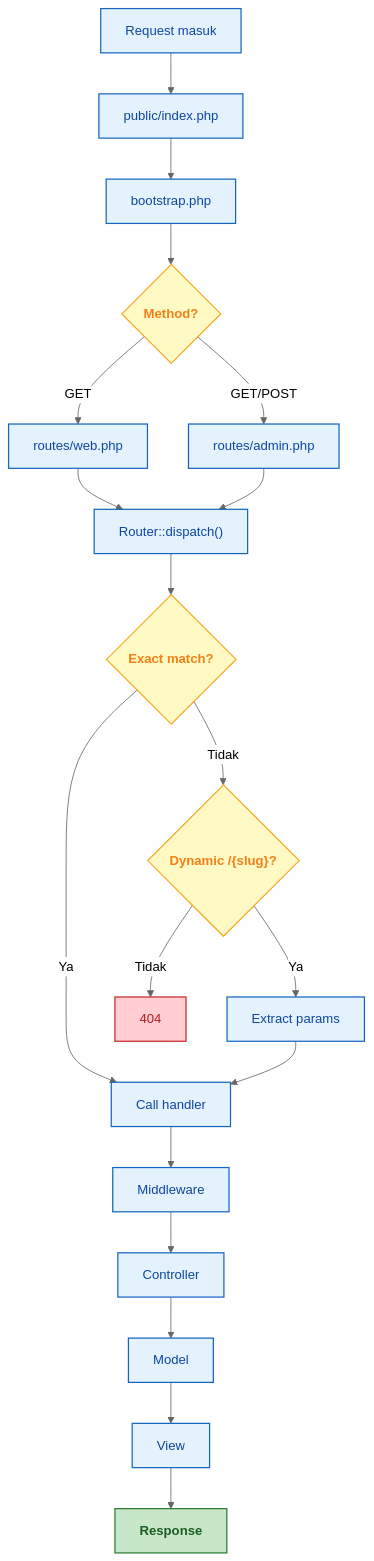
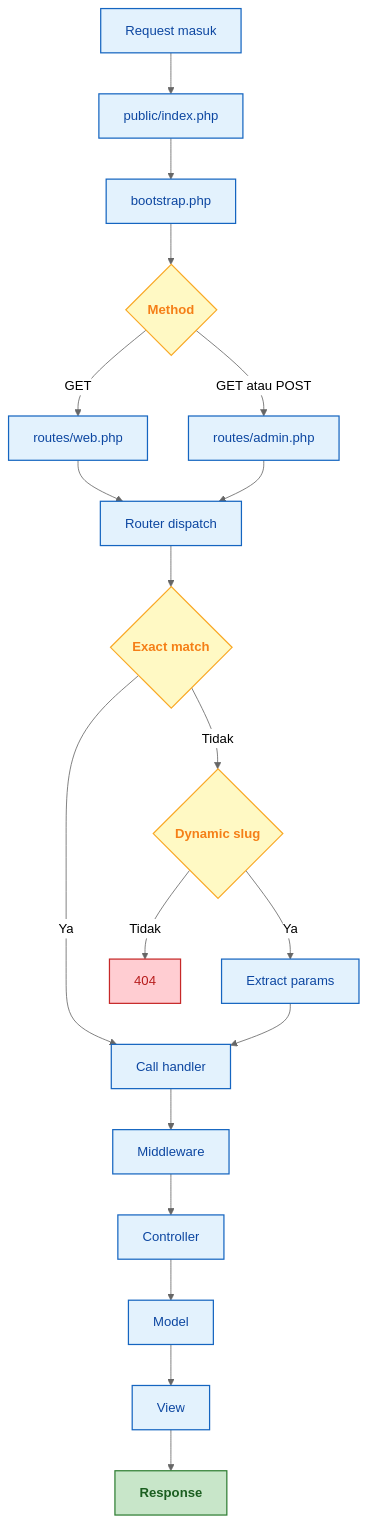
Diagram 13 of 19 in README.md (sekarpratama/project1), drawn with Mermaid (neutral theme) before and after one commit. The commit also changed other lines of this file, not shown here.

````diff
--- a/README.md
+++ b/README.md
@@ -816,37 +860,44 @@
 ```mermaid
 flowchart TD
     A["Request masuk"]:::step
     B["public/index.php"]:::step
     C["bootstrap.php"]:::step
-    D{"Method?"}:::check
+    D{"Method"}:::check
     E["routes/web.php"]:::step
     F["routes/admin.php"]:::step
-    G["Router::dispatch()"]:::step
-    H{"Exact match?"}:::check
+    G["Router dispatch"]:::step
+    H{"Exact match"}:::check
     I["Call handler"]:::step
-    J{"Dynamic /{slug}?"}:::check
+    J{"Dynamic slug"}:::check
     K["Extract params"]:::step
     L["404"]:::fail
     M["Middleware"]:::step
     N["Controller"]:::step
     O["Model"]:::step
     P["View"]:::step
     Q["Response"]:::success
 
-    A --> B --> C --> D
+    A --> B
+    B --> C
+    C --> D
     D -->|GET| E
-    D -->|GET/POST| F
+    D -->|GET atau POST| F
     E --> G
     F --> G
     G --> H
     H -->|Ya| I
     H -->|Tidak| J
-    J -->|Ya| K --> I
+    J -->|Ya| K
+    K --> I
     J -->|Tidak| L
-    I --> M --> N --> O --> P --> Q
+    I --> M
+    M --> N
+    N --> O
+    O --> P
+    P --> Q
 
     classDef step fill:#e3f2fd,stroke:#1565c0,stroke-width:1.5px,color:#0d47a1
     classDef check fill:#fff9c4,stroke:#f9a825,stroke-width:1.5px,color:#f57f17,font-weight:bold
     classDef fail fill:#ffcdd2,stroke:#c62828,stroke-width:1.5px,color:#b71c1c
     classDef success fill:#c8e6c9,stroke:#2e7d32,stroke-width:1.5px,color:#1b5e20,font-weight:bold
 ```
````
